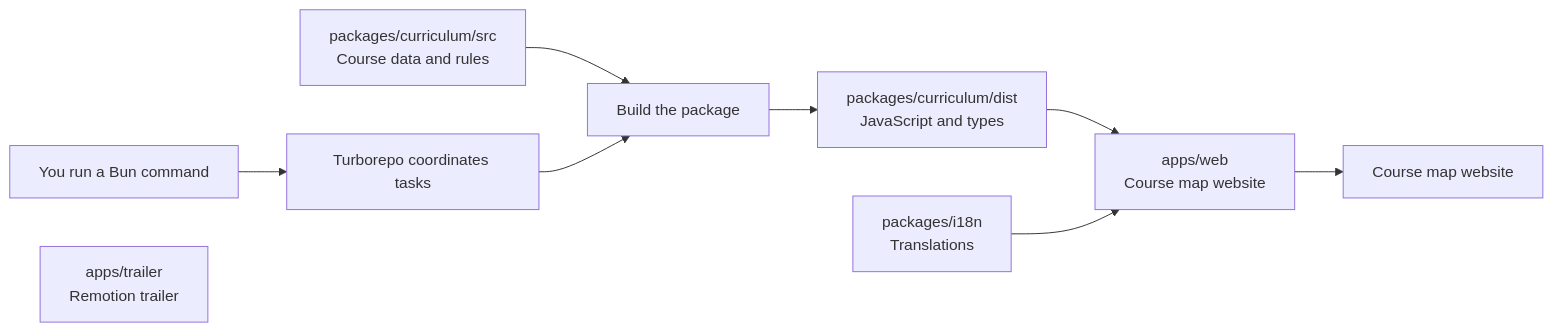
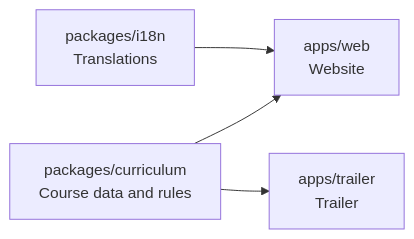
The diagram in README.md (Andhiki/g-13), drawn with Mermaid before and after one commit. The commit also changed other lines of this file and 47 other files, not shown here.

First line of the commit message:
Move curriculum and workflow docs into package and docs

````diff
--- a/README.md
+++ b/README.md
@@ -57,11 +57,6 @@
 ```mermaid
 flowchart LR
-    command["You run a Bun command"] --> turbo["Turborepo coordinates tasks"]
-    source["packages/curriculum/src<br/>Course data and rules"] --> build["Build the package"]
-    turbo --> build
-    build --> dist["packages/curriculum/dist<br/>JavaScript and types"]
-    dist --> app["apps/web<br/>Course map website"]
-    translations["packages/i18n<br/>Translations"] --> app
-    trailer["apps/trailer<br/>Remotion trailer"]
-    app --> site["Course map website"]
+    curriculum["packages/curriculum<br/>Course data and rules"] --> web["apps/web<br/>Website"]
+    translations["packages/i18n<br/>Translations"] --> web
+    curriculum --> trailer["apps/trailer<br/>Trailer"]
 ```
````
